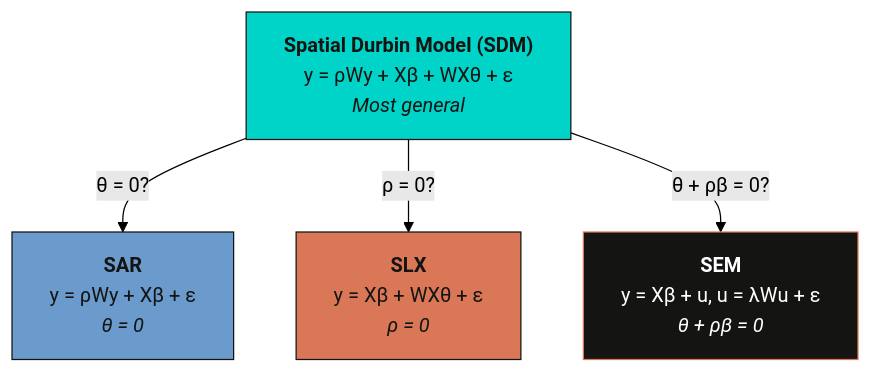
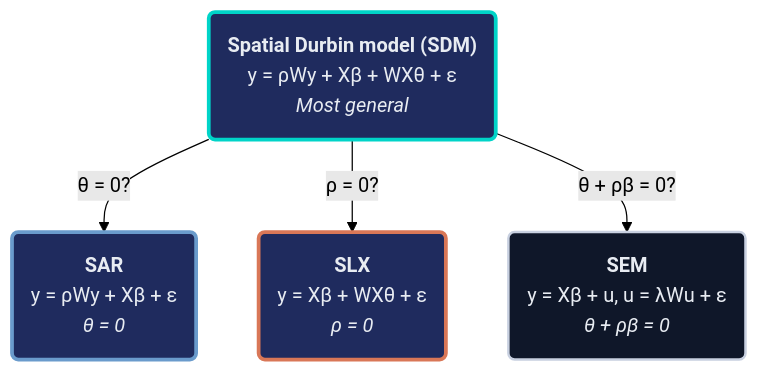
The second of 3 diagrams in content/post/stata_sp_regression_panel/index.md (cmg777/starter-academic-v501), drawn with Mermaid (forest theme) before and after one commit. The commit also changed other lines of this file and 10 other files, not shown here.

First line of the commit message:
content(mermaid): restyle flowcharts in Stata posts (batch 2 of 2) and the EM publication (EN/ES/JA); add log

````diff
--- a/content/post/stata_sp_regression_panel/index.md
+++ b/content/post/stata_sp_regression_panel/index.md
@@ -518,16 +520,19 @@
 ```mermaid
 graph TD
-    SDM["<b>Spatial Durbin Model (SDM)</b><br/>y = ρWy + Xβ + WXθ + ε<br/><i>Most general</i>"]
-    SAR["<b>SAR</b><br/>y = ρWy + Xβ + ε<br/><i>θ = 0</i>"]
-    SLX["<b>SLX</b><br/>y = Xβ + WXθ + ε<br/><i>ρ = 0</i>"]
-    SEM["<b>SEM</b><br/>y = Xβ + u, u = λWu + ε<br/><i>θ + ρβ = 0</i>"]
+    SDM("<b>Spatial Durbin model (SDM)</b><br/>y = ρWy + Xβ + WXθ + ε<br/><i>Most general</i>")
+    SAR("<b>SAR</b><br/>y = ρWy + Xβ + ε<br/><i>θ = 0</i>")
+    SLX("<b>SLX</b><br/>y = Xβ + WXθ + ε<br/><i>ρ = 0</i>")
+    SEM("<b>SEM</b><br/>y = Xβ + u, u = λWu + ε<br/><i>θ + ρβ = 0</i>")
 
     SDM -->|"θ = 0?"| SAR
     SDM -->|"ρ = 0?"| SLX
     SDM -->|"θ + ρβ = 0?"| SEM
-
-    style SDM fill:#00d4c8,stroke:#141413,color:#141413
-    style SAR fill:#6a9bcc,stroke:#141413,color:#141413
-    style SLX fill:#d97757,stroke:#141413,color:#141413
-    style SEM fill:#141413,stroke:#d97757,color:#fff
+    classDef teal fill:#1f2b5e,stroke:#00d4c8,stroke-width:3px,color:#e8ecf2
+    classDef blue fill:#1f2b5e,stroke:#6a9bcc,stroke-width:3px,color:#e8ecf2
+    classDef orange fill:#1f2b5e,stroke:#d97757,stroke-width:3px,color:#e8ecf2
+    classDef anchor fill:#0f1729,stroke:#c8d0e0,stroke-width:2px,color:#e8ecf2
+    class SDM teal
+    class SAR blue
+    class SLX orange
+    class SEM anchor
 ```
````
